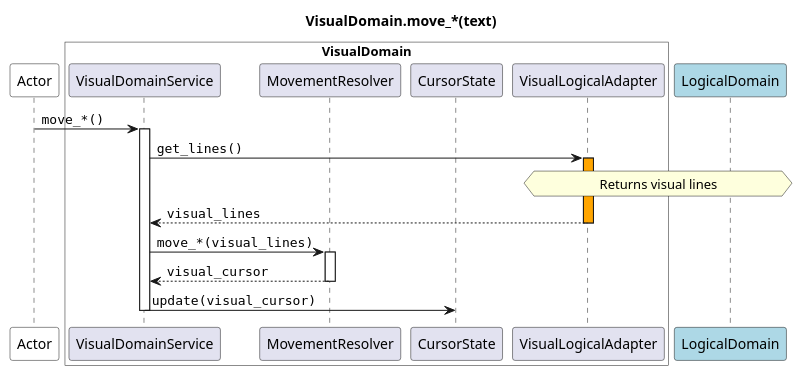
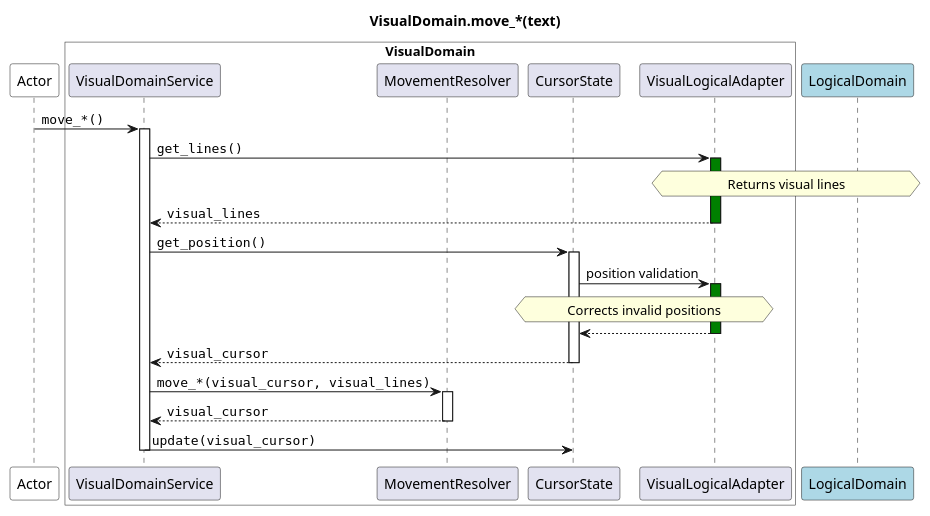
The diagram in docs/source/specs/architecture/diagrams/sequence/seq_move_visual.puml (JoeRittiner/TextEngine), drawn with PlantUML before and after one commit. The commit also changed 9 other files, not shown here.

```diff
--- a/docs/source/specs/architecture/diagrams/sequence/seq_move_visual.puml
+++ b/docs/source/specs/architecture/diagrams/sequence/seq_move_visual.puml
@@ -1,26 +1,33 @@
 @startuml
 
 title VisualDomain.move_*(text)
 
 participant Actor as app #white
 box "VisualDomain" #white
     participant VisualDomainService as VS
     participant MovementResolver as MR
     participant CursorState as CS
     participant VisualLogicalAdapter as VA
 end box
 participant LogicalDomain as LD #lightblue
 
 app -> VS : ""move_*()""
 activate VS
     VS -> VA : ""get_lines()""
-    activate VA #orange
+    activate VA #green
         hnote over VA, LD : Returns visual lines
         return ""visual_lines""
-    VS -> MR : ""move_*(visual_lines)""
+    VS -> CS : ""get_position()""
+    activate CS
+        CS -> VA : position validation
+        activate VA #green
+            hnote over CS, VA : Corrects invalid positions
+            return
+        return ""visual_cursor""
+    VS -> MR : ""move_*(visual_cursor, visual_lines)""
     activate MR
         return ""visual_cursor""
     VS -> CS : ""update(visual_cursor)""
     deactivate VS
 
 @enduml
```
